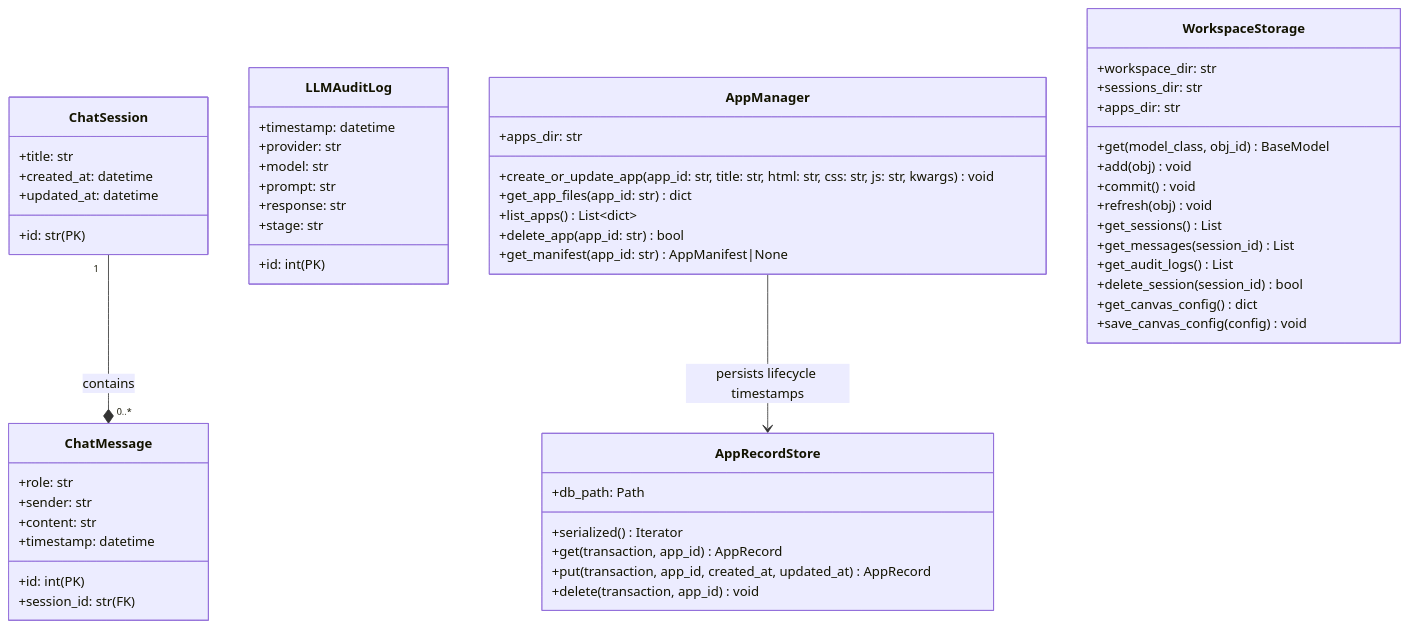
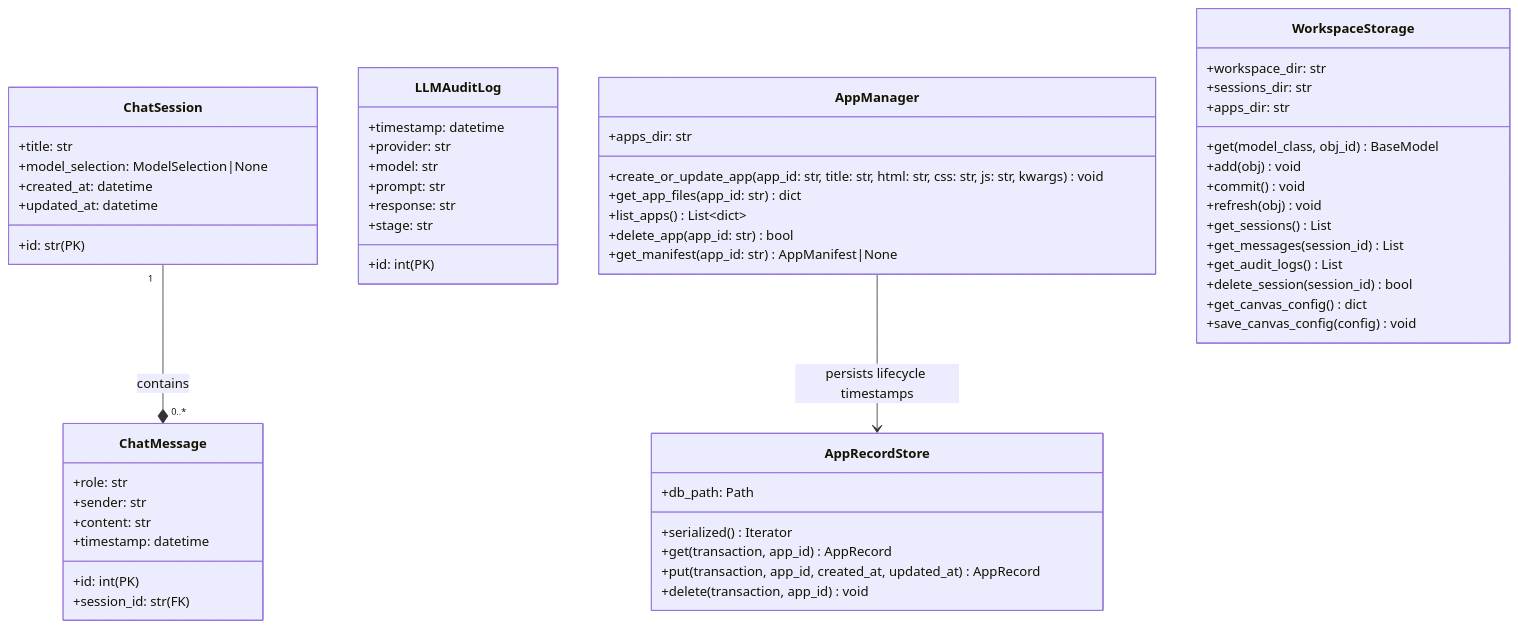
Before and after one commit to BillShiyaoZhang/ambient-agent: the second of 6 diagrams in docs/en/architecture/uml.md, drawn with Mermaid. The commit also changed other lines of this file and 48 other files, not shown here.

````diff
--- a/docs/en/architecture/uml.md
+++ b/docs/en/architecture/uml.md
@@ -55,64 +55,65 @@
 ```mermaid
 classDiagram
     class ChatSession {
         +id: str (PK)
         +title: str
+        +model_selection: ModelSelection|None
         +created_at: datetime
         +updated_at: datetime
     }
 
     class ChatMessage {
         +id: int (PK)
         +session_id: str (FK)
         +role: str
         +sender: str
         +content: str
         +timestamp: datetime
     }
 
     class LLMAuditLog {
         +id: int (PK)
         +timestamp: datetime
         +provider: str
         +model: str
         +prompt: str
         +response: str
         +stage: str
     }
 
     class AppManager {
         +apps_dir: str
         +create_or_update_app(app_id: str, title: str, html: str, css: str, js: str, kwargs) void
         +get_app_files(app_id: str) dict
         +list_apps() List~dict~
         +delete_app(app_id: str) bool
         +get_manifest(app_id: str) AppManifest|None
     }
 
     class AppRecordStore {
         +db_path: Path
         +serialized() Iterator
         +get(transaction, app_id) AppRecord
         +put(transaction, app_id, created_at, updated_at) AppRecord
         +delete(transaction, app_id) void
     }
 
     class WorkspaceStorage {
         +workspace_dir: str
         +sessions_dir: str
         +apps_dir: str
         +get(model_class, obj_id) BaseModel
         +add(obj) void
         +commit() void
         +refresh(obj) void
         +get_sessions() List
         +get_messages(session_id) List
         +get_audit_logs() List
         +delete_session(session_id) bool
         +get_canvas_config() dict
         +save_canvas_config(config) void
     }
 
     ChatSession "1" --* "0..*" ChatMessage : contains
     AppManager --> AppRecordStore : persists lifecycle timestamps
 ```
````
